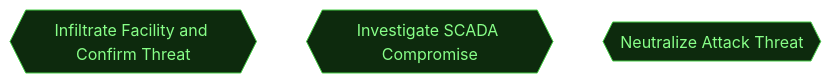
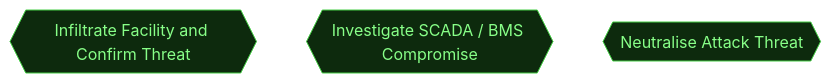
The second of 5 diagrams in scenarios/m04_critical_failure/dungeon_graph.md (cliffe/BreakEscapeGame), drawn with Mermaid before and after one commit. The commit also changed other lines of this file and 25 other files, not shown here.

````diff
--- a/scenarios/m04_critical_failure/dungeon_graph.md
+++ b/scenarios/m04_critical_failure/dungeon_graph.md
@@ -120,25 +156,25 @@
 ```mermaid
 flowchart TD
 
   classDef room      fill:#0f2d2d,stroke:#22ddcc,color:#a0ffee
   classDef lock      fill:#2d0f0f,stroke:#e66060,color:#ffa0a0
   classDef key       fill:#2d0812,stroke:#e66060,color:#ffa0a0
   classDef item      fill:#2d1200,stroke:#e89030,color:#ffcc80
   classDef gate      fill:#111,stroke:#666,color:#eee
   classDef vm        fill:#0c1f40,stroke:#4a90d9,color:#a0c8ff
   classDef flag      fill:#1a0c2d,stroke:#9060d0,color:#cc99ff
   classDef action    fill:#1a1200,stroke:#cc9922,color:#ffee88
   classDef aim       fill:#0d2a0d,stroke:#44cc44,color:#88ff88
   classDef aim_gate  fill:#111111,stroke:#44cc44,color:#44cc44
   classDef container fill:#1a2d1a,stroke:#60b060,color:#a0e0a0
   classDef npc       fill:#2d1f0d,stroke:#d0a050,color:#ffe0a0
   classDef critical  fill:#2a1500,stroke:#ffaa00,color:#ffdd88
   classDef start     fill:#003322,stroke:#00ffaa,color:#00ffaa
 
   aim_infiltrate_facility{{"Infiltrate Facility and Confirm Threat"}}
-  aim_investigate_scada_compromise{{"Investigate SCADA Compromise"}}
-  aim_neutralize_attack_threat{{"Neutralize Attack Threat"}}
+  aim_investigate_scada_compromise{{"Investigate SCADA / BMS Compromise"}}
+  aim_neutralize_attack_threat{{"Neutralise Attack Threat"}}
 
 
   class aim_infiltrate_facility,aim_investigate_scada_compromise,aim_neutralize_attack_threat aim
 ```
````
